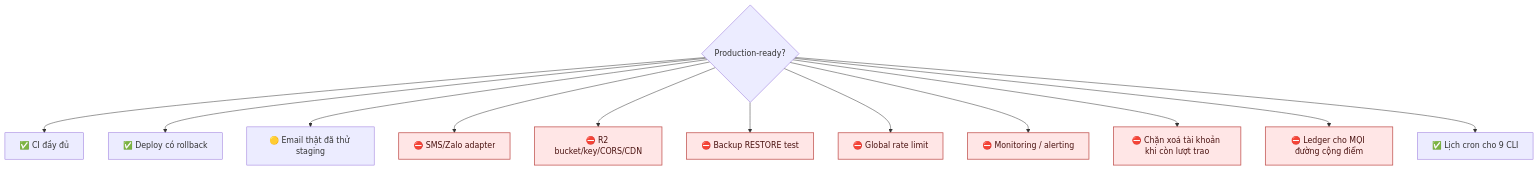
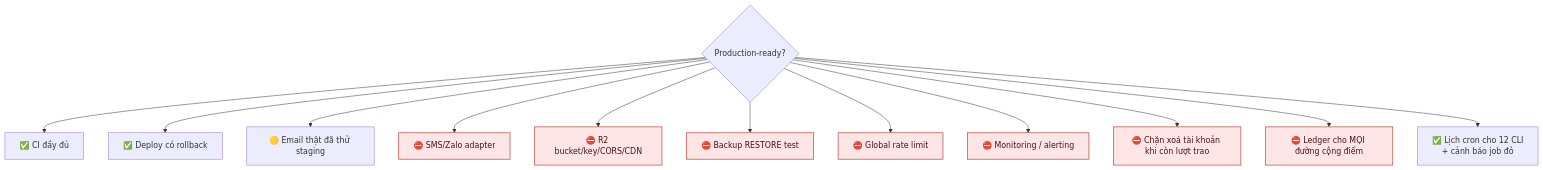
Before and after one commit to fdshn/trueheart: the fourth of 4 diagrams in docs/diagram/29-cicd.md, drawn with Mermaid. The commit also changed other lines of this file and 17 other files, not shown here.

````diff
--- a/docs/diagram/29-cicd.md
+++ b/docs/diagram/29-cicd.md
@@ -103,22 +103,22 @@
 ```mermaid
 flowchart TD
     A{Production-ready?} --> B["✅ CI đầy đủ"]
     A --> C["✅ Deploy có rollback"]
     A --> D["🟡 Email thật đã thử staging"]
     A --> E["⛔ SMS/Zalo adapter"]
     A --> F["⛔ R2 bucket/key/CORS/CDN"]
     A --> G["⛔ Backup RESTORE test"]
     A --> H["⛔ Global rate limit"]
     A --> I["⛔ Monitoring / alerting"]
     A --> J["⛔ Chặn xoá tài khoản khi còn lượt trao"]
     A --> K["⛔ Ledger cho MỌI đường cộng điểm"]
-    A --> L["✅ Lịch cron cho 9 CLI"]
+    A --> L["✅ Lịch cron cho 12 CLI<br/>+ cảnh báo job đỏ"]
 
     style E fill:#ffe6e6,stroke:#c0504d,stroke-width:1.5px,color:#4a1210
     style F fill:#ffe6e6,stroke:#c0504d,stroke-width:1.5px,color:#4a1210
     style G fill:#ffe6e6,stroke:#c0504d,stroke-width:1.5px,color:#4a1210
     style H fill:#ffe6e6,stroke:#c0504d,stroke-width:1.5px,color:#4a1210
     style I fill:#ffe6e6,stroke:#c0504d,stroke-width:1.5px,color:#4a1210
     style J fill:#ffe6e6,stroke:#c0504d,stroke-width:1.5px,color:#4a1210
     style K fill:#ffe6e6,stroke:#c0504d,stroke-width:1.5px,color:#4a1210
 ```
````
